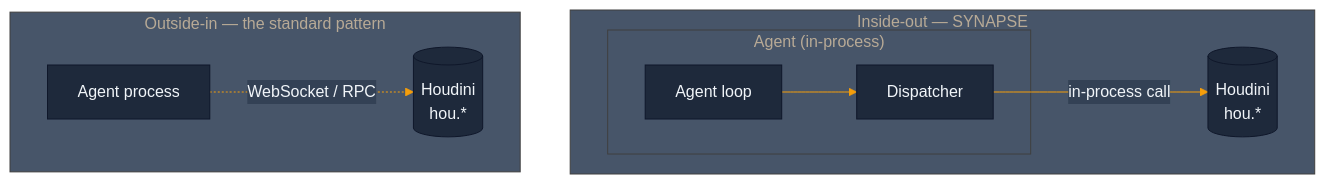
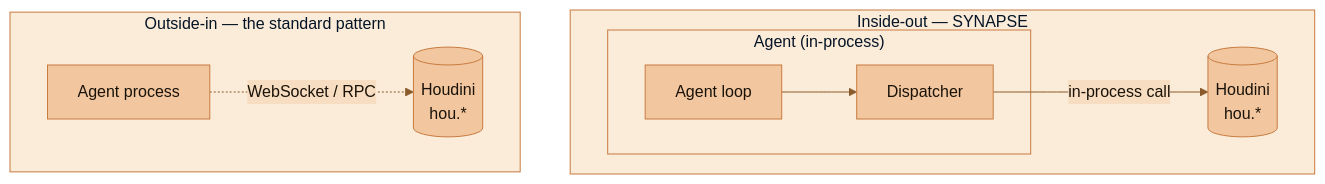
The seventh of 7 diagrams in README.md (JosephOIbrahim/Synapse), drawn with Mermaid before and after one commit. The commit also changed other lines of this file, not shown here.

First line of the commit message:
docs(readme): ADHD-friendly pass + warm mermaid re-theme

````diff
--- a/README.md
+++ b/README.md
@@ -287,17 +306,17 @@
 ```mermaid
-%%{init: {'theme':'base', 'themeVariables': {'primaryColor':'#1e293b','primaryTextColor':'#f1f5f9','primaryBorderColor':'#0f172a','lineColor':'#f59e0b','secondaryColor':'#334155','tertiaryColor':'#475569'}}}%%
+%%{init: {'theme':'base', 'themeVariables': {'primaryColor':'#F2C7A0','primaryTextColor':'#1A1208','primaryBorderColor':'#C77B3F','lineColor':'#8A5A2B','secondaryColor':'#F7DDC2','tertiaryColor':'#FBEBD9','edgeLabelBackground':'#F7DDC2','clusterBkg':'#FBEBD9','clusterBorder':'#C77B3F'}}}%%
 flowchart LR
     subgraph OUT ["Outside-in — the standard pattern"]
         direction LR
         A1["Agent process"] -.WebSocket / RPC.-> H1[("Houdini<br/>hou.*")]
     end
     subgraph IN ["Inside-out — SYNAPSE"]
         direction LR
         H2[("Houdini<br/>hou.*")]
         subgraph DAEMON ["Agent (in-process)"]
             A2["Agent loop"] --> D["Dispatcher"]
         end
         D -- in-process call --> H2
     end
     OUT ~~~ IN
 ```
````
